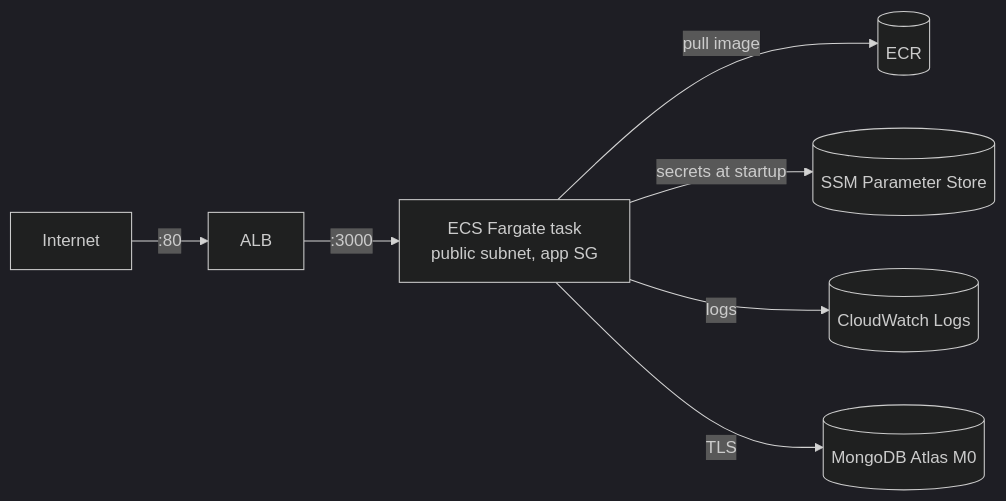
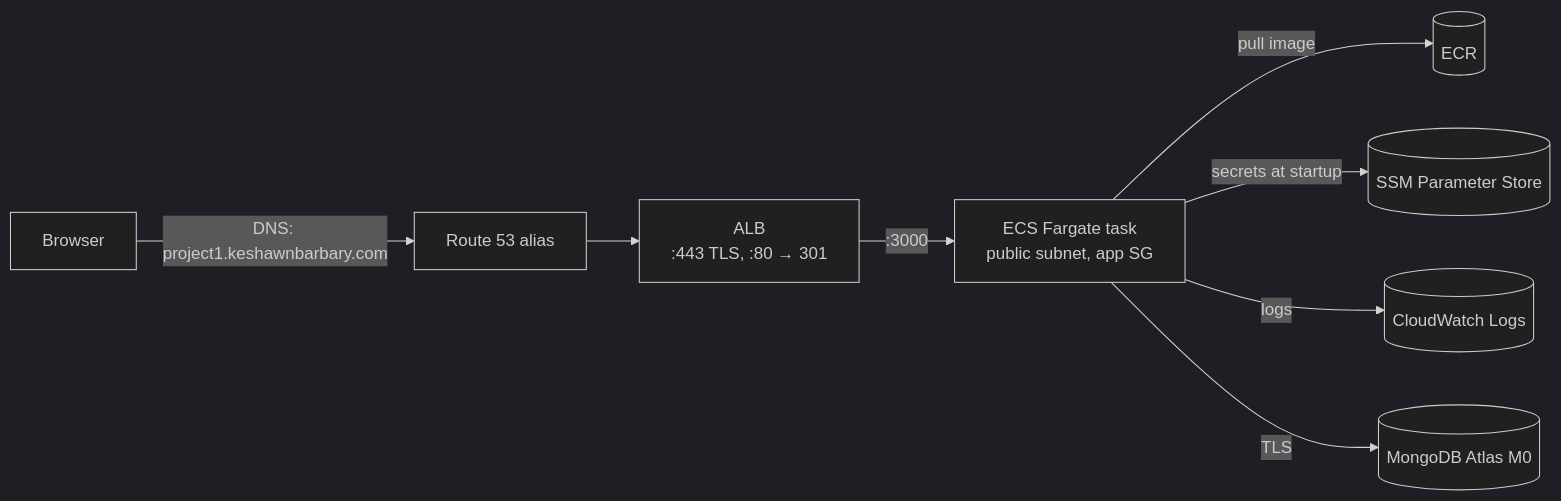
The diagram in docs/phase-3-infrastructure.md (keshawndev/code-fast-saas), drawn with Mermaid (dark theme) before and after one commit. The commit also changed other lines of this file, not shown here.

Commit message:
docs: add DNS delegation, HTTPS, and apex drill to Phase 3 write-up

````diff
--- a/docs/phase-3-infrastructure.md
+++ b/docs/phase-3-infrastructure.md
@@ -15,9 +16,10 @@
 ```mermaid
 flowchart LR
-    U[Internet] -->|":80"| ALB[ALB]
+    U[Browser] -->|"DNS: project1.keshawnbarbary.com"| R53[Route 53 alias]
+    R53 --> ALB["ALB<br/>:443 TLS, :80 → 301"]
     ALB -->|":3000"| T["ECS Fargate task<br/>public subnet, app SG"]
     T -->|pull image| ECR[(ECR)]
     T -->|secrets at startup| SSM[(SSM Parameter Store)]
     T -->|logs| CW[(CloudWatch Logs)]
     T -->|TLS| DB[(MongoDB Atlas M0)]
 ```
````
